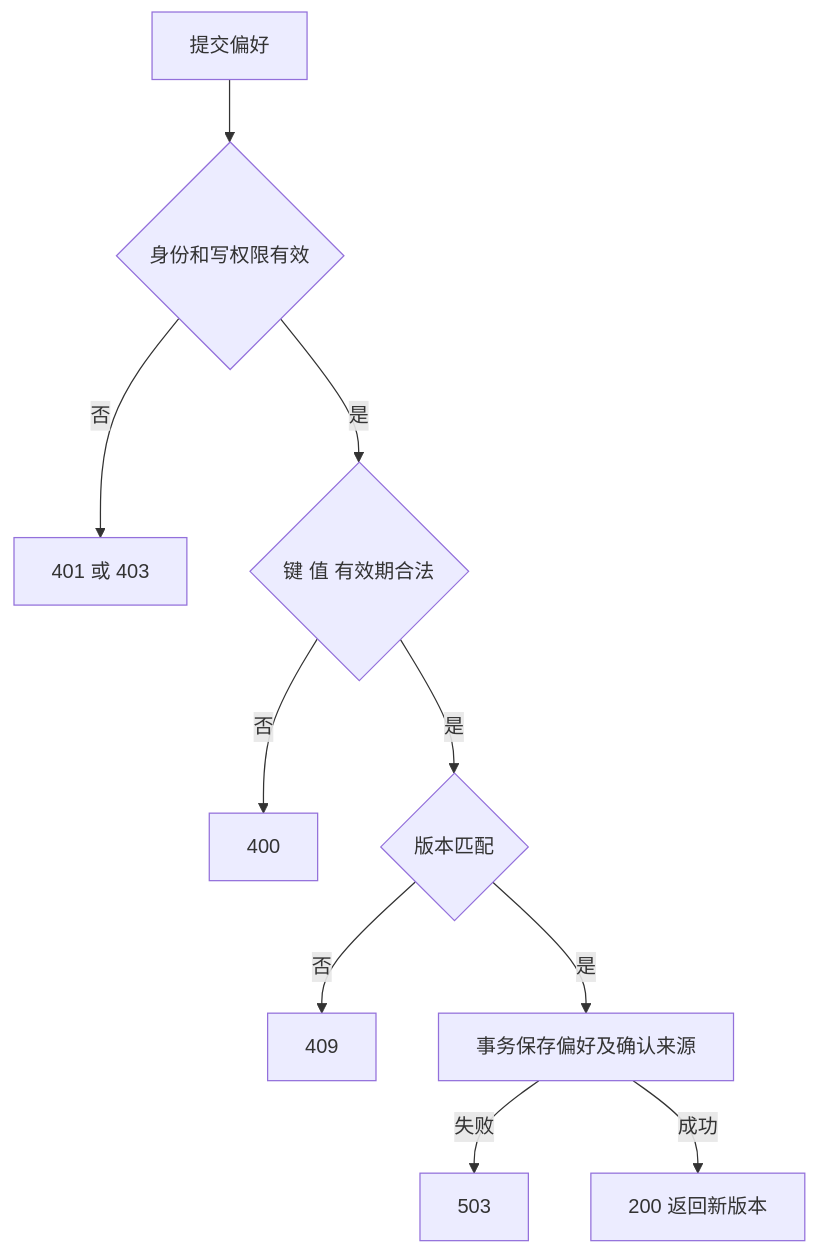
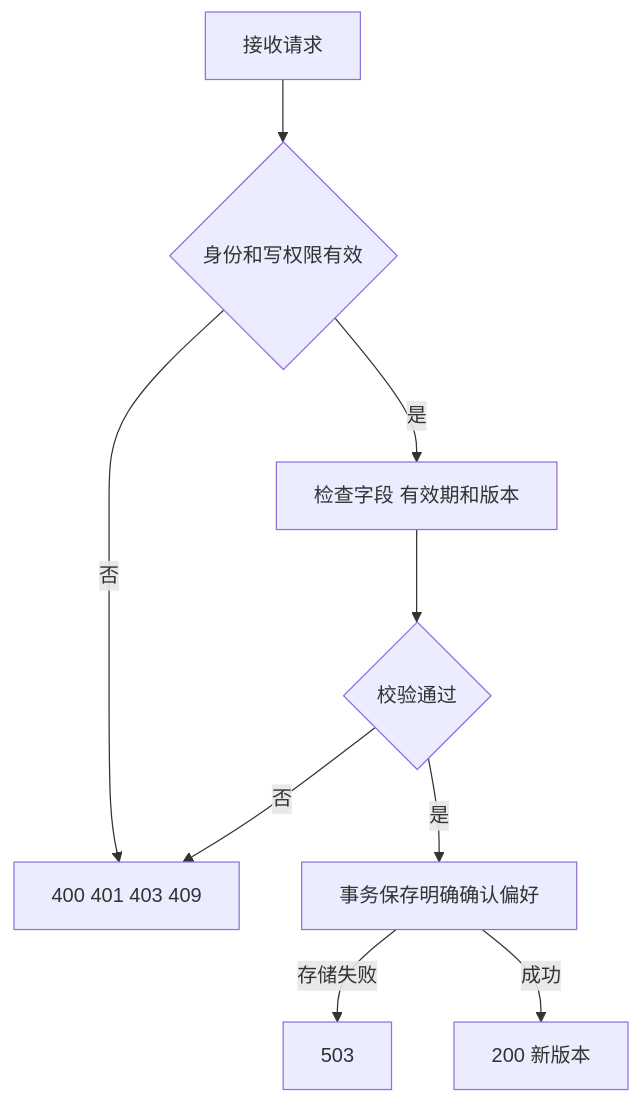
One commit to hj456992/agentscope-react-demo changed the seventh of 8 diagrams in docs/技术方案.md. Above: the diagram before and after it, drawn with Mermaid. The commit also changed other lines of this file and 134 other files, not shown here.

````diff
--- a/docs/技术方案.md
+++ b/docs/技术方案.md
@@ -209,12 +123,11 @@
 ```mermaid
 flowchart TD
-    A[提交偏好] --> B{身份和写权限有效}
-    B -->|否| X[401 或 403]
-    B -->|是| C{键 值 有效期合法}
-    C -->|否| Y[400]
-    C -->|是| D{版本匹配}
-    D -->|否| Z[409]
-    D -->|是| E[事务保存偏好及确认来源]
-    E -->|失败| F[503]
-    E -->|成功| G[200 返回新版本]
+    A[接收请求] --> B{身份和写权限有效}
+    B -->|否| X[400 401 403 409]
+    B -->|是| C[检查字段 有效期和版本]
+    C --> D{校验通过}
+    D -->|否| X
+    D -->|是| E[事务保存明确确认偏好]
+    E -->|存储失败| Z[503]
+    E -->|成功| F[200 新版本]
 ```
````
